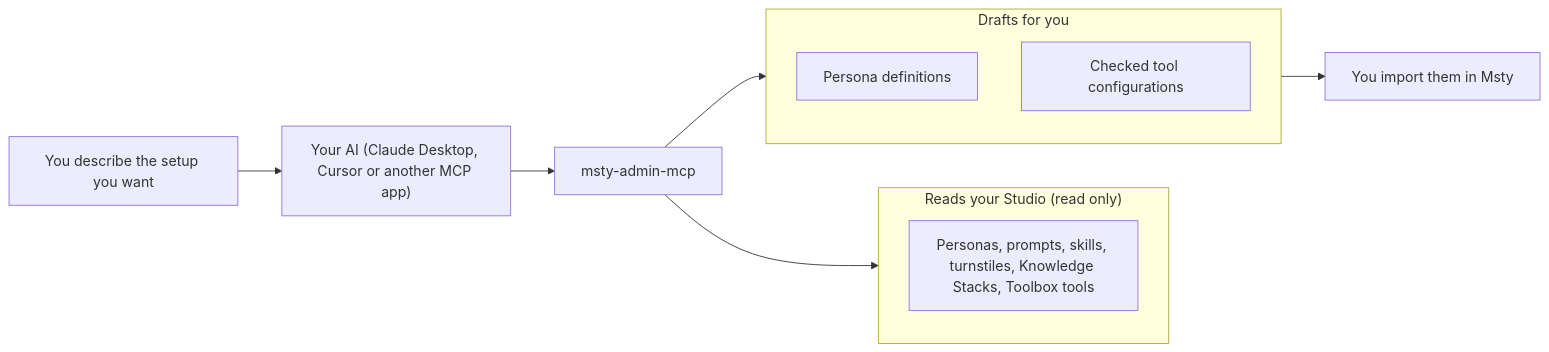
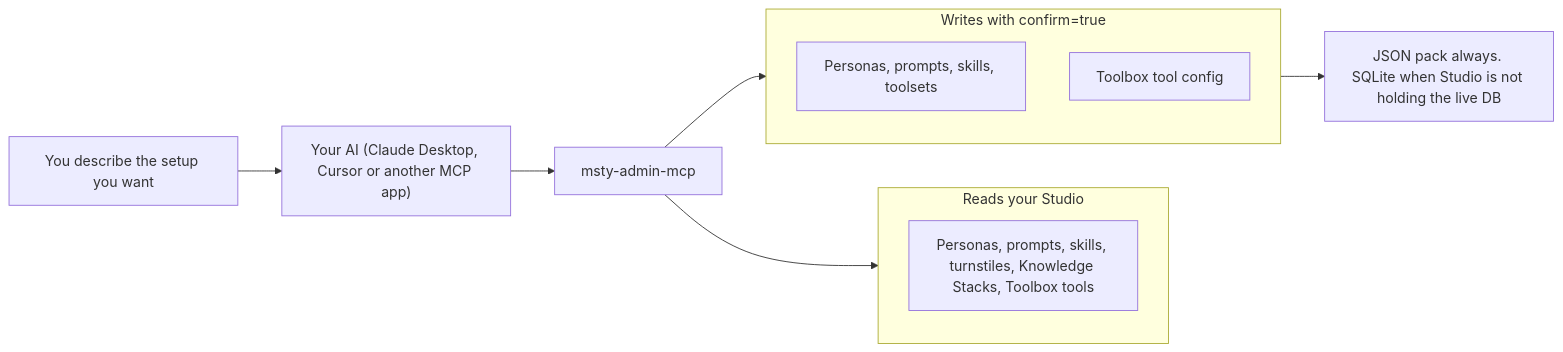
One commit to M-Pineapple/msty-admin-mcp changed the second of 4 diagrams in README.md. Above: the diagram before and after it, drawn with Mermaid. The commit also changed other lines of this file and 14 other files, not shown here.

First line of the commit message:
feat: hybrid hardware, install, Studio writes, and frontier providers

````diff
--- a/README.md
+++ b/README.md
@@ -49,15 +49,15 @@
 ```mermaid
 flowchart LR
     Y["You describe the setup you want"] --> A["Your AI (Claude Desktop, Cursor or another MCP app)"]
     A --> M["msty-admin-mcp"]
-    subgraph Reads["Reads your Studio (read only)"]
+    subgraph Reads["Reads your Studio"]
         I["Personas, prompts, skills, turnstiles, Knowledge Stacks, Toolbox tools"]
     end
-    subgraph Drafts["Drafts for you"]
-        P["Persona definitions"]
-        V["Checked tool configurations"]
+    subgraph Writes["Writes with confirm=true"]
+        P["Personas, prompts, skills, toolsets"]
+        V["Toolbox tool config"]
     end
     M --> Reads
-    M --> Drafts
-    Drafts --> X["You import them in Msty"]
+    M --> Writes
+    Writes --> X["JSON pack always. SQLite when Studio is not holding the live DB"]
 ```
````
